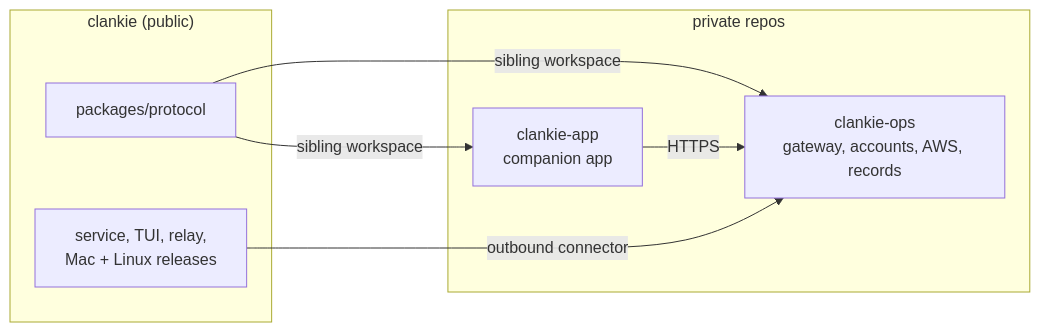
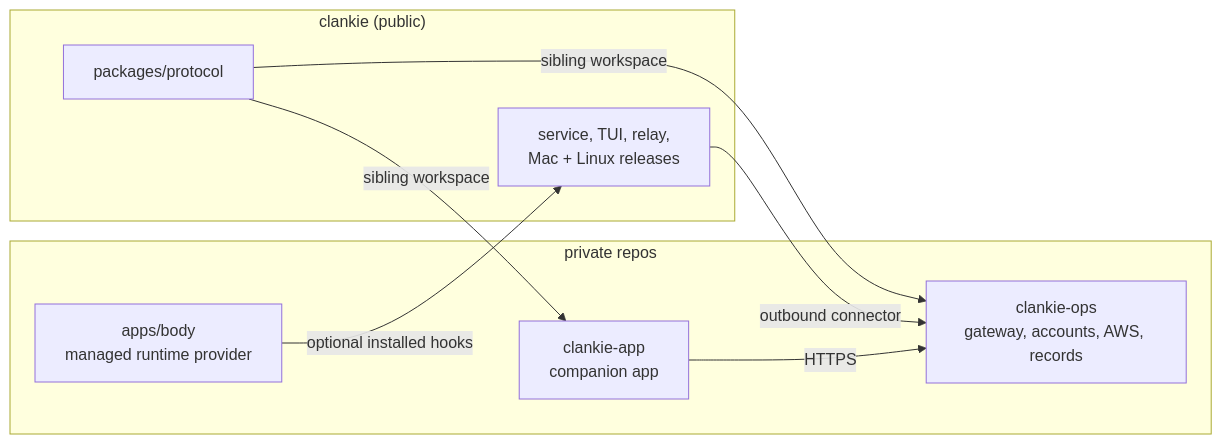
Before and after one commit to Volpestyle/clankie: the diagram in docs/adr/0183-the-harness-is-public-the-hosted-service-is-private.md, drawn with Mermaid. The commit also changed other lines of this file and 43 other files, not shown here.

First line of the commit message:
feat: separate managed policy behind runtime hooks (VUH-1664)

````diff
--- a/docs/adr/0183-the-harness-is-public-the-hosted-service-is-private.md
+++ b/docs/adr/0183-the-harness-is-public-the-hosted-service-is-private.md
@@ -33,15 +34,17 @@
 ```mermaid
 flowchart LR
   subgraph Public["clankie (public)"]
     Protocol["packages/protocol"]
     Mac["service, TUI, relay,<br/>Mac + Linux releases"]
   end
   subgraph Private["private repos"]
     Gateway["clankie-ops<br/>gateway, accounts, AWS, records"]
+    Managed["apps/body<br/>managed runtime provider"]
     App["clankie-app<br/>companion app"]
   end
   Protocol -->|sibling workspace| Gateway
   Protocol -->|sibling workspace| App
   Mac -->|outbound connector| Gateway
+  Managed -->|optional installed hooks| Mac
   App -->|HTTPS| Gateway
 ```
````
